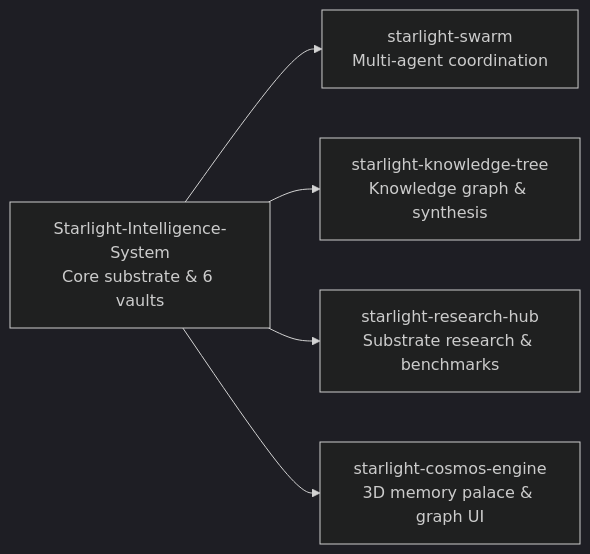
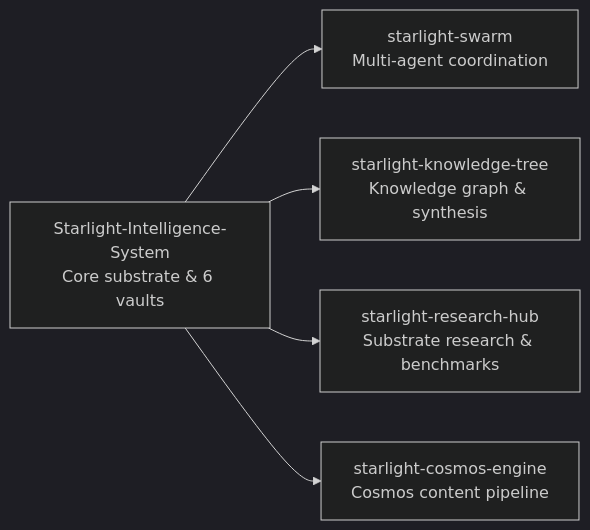
The diagram in profile/README.md (Starlight-Intelligence-Systems/.github), drawn with Mermaid (dark theme) before and after one commit. The commit also changed other lines of this file, not shown here.

````diff
--- a/profile/README.md
+++ b/profile/README.md
@@ -15,7 +15,7 @@
 ```mermaid
 flowchart LR
   SIS["Starlight-Intelligence-System<br/>Core substrate & 6 vaults"] --> SW["starlight-swarm<br/>Multi-agent coordination"]
   SIS --> KT["starlight-knowledge-tree<br/>Knowledge graph & synthesis"]
   SIS --> RH["starlight-research-hub<br/>Substrate research & benchmarks"]
-  SIS --> CE["starlight-cosmos-engine<br/>3D memory palace & graph UI"]
+  SIS --> CE["starlight-cosmos-engine<br/>Cosmos content pipeline"]
 ```
````
